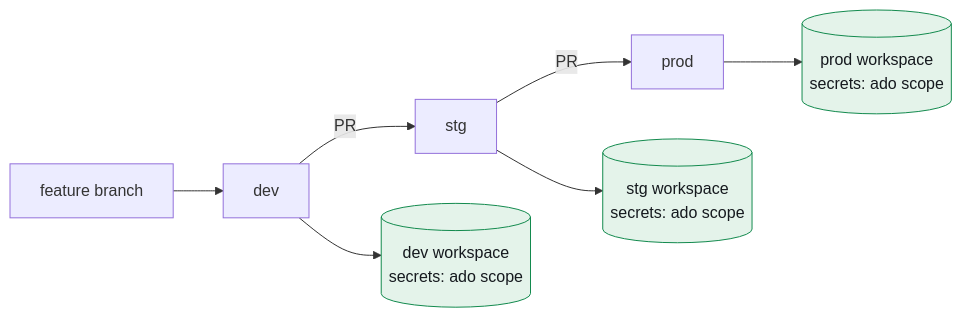
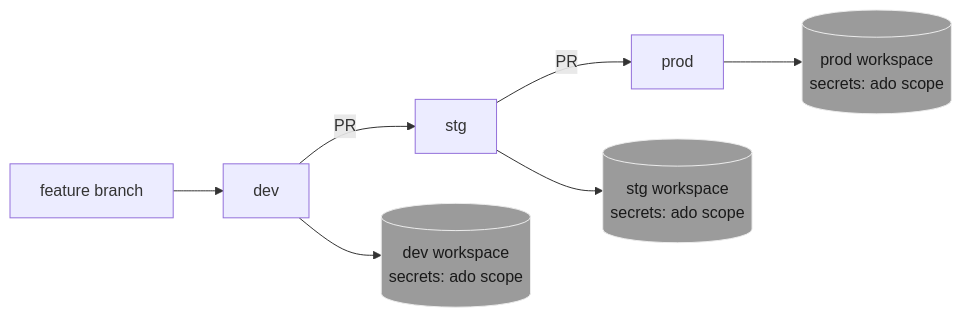
Before and after one commit to jpaladini/jpaladini: the second of 4 diagrams in src/content/blog/building-ado-companion.md, drawn with Mermaid. The commit also changed other lines of this file and 7 other files, not shown here.

First line of the commit message:
Fix diagram error, grey diagram palette, home diagram scroll, service dates

````diff
--- a/src/content/blog/building-ado-companion.md
+++ b/src/content/blog/building-ado-companion.md
@@ -192,13 +192,13 @@
 ```mermaid
 flowchart LR
   feat[feature branch] --> dev
   dev -->|PR| stg
   stg -->|PR| prod
 
   dev --> wsdev[(dev workspace<br/>secrets: ado scope)]
   stg --> wsstg[(stg workspace<br/>secrets: ado scope)]
   prod --> wsprod[(prod workspace<br/>secrets: ado scope)]
 
-  classDef env fill:#E4F3EA,stroke:#138A4E,color:#15191E;
+  classDef env fill:#9b9b9b,stroke:#ececec,color:#1a1a1a;
   class wsdev,wsstg,wsprod env;
 ```
````
